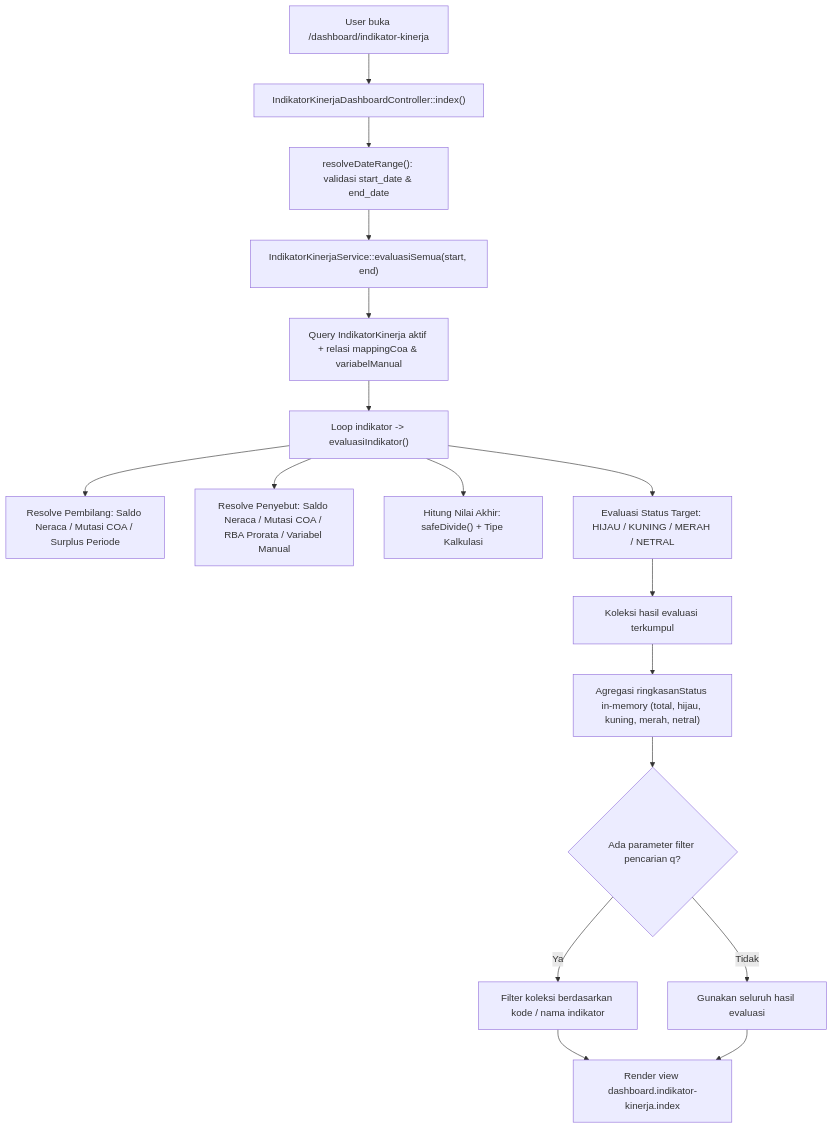
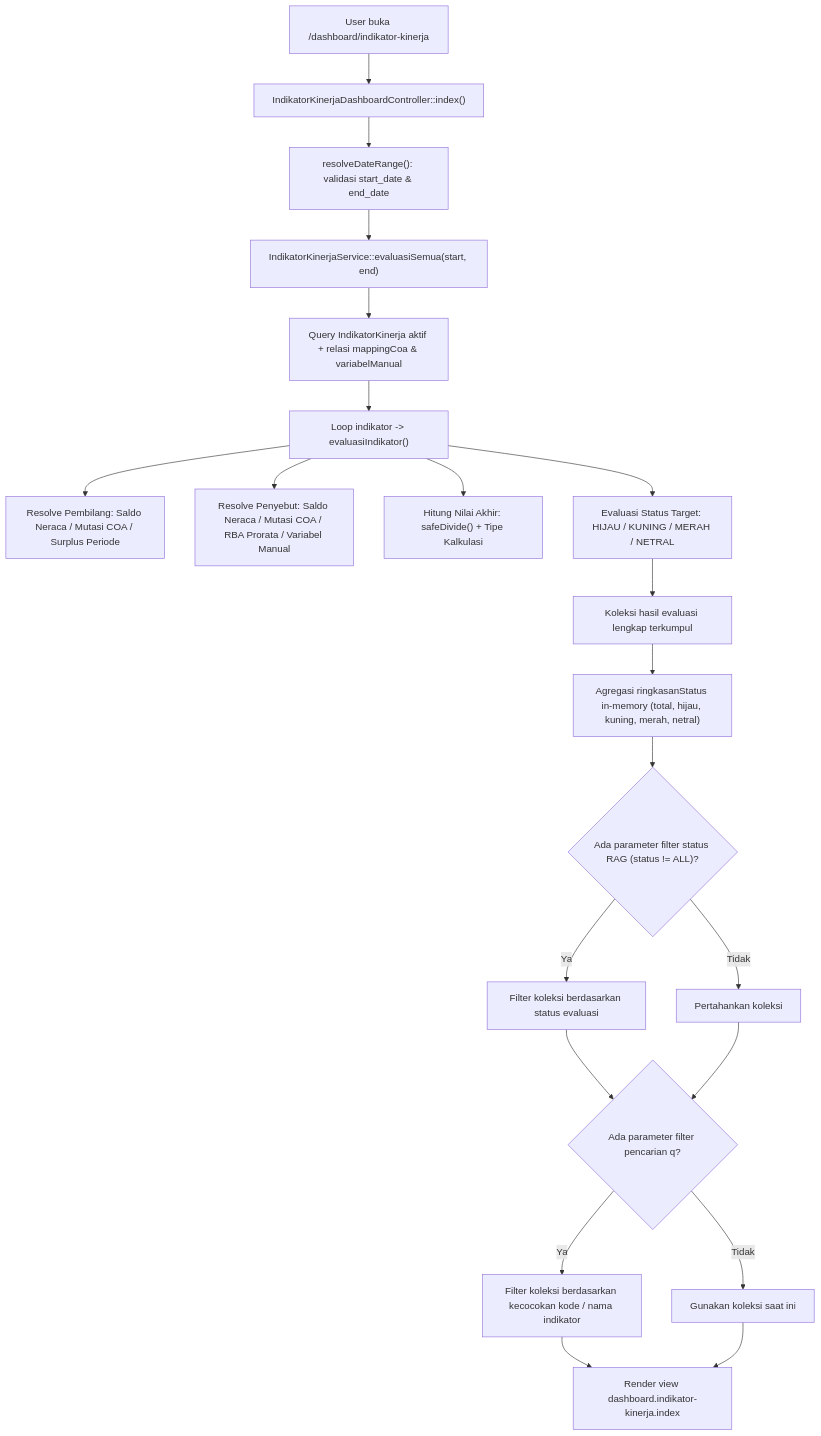
One commit to AltamaSidoarjo/laravel-siakurat-pt-smt changed the first of 2 diagrams in dokumentasi/indikator-kinerja.md. Above: the diagram before and after it, drawn with Mermaid. The commit also changed other lines of this file and 12 other files, not shown here.

First line of the commit message:
feat(kpi): perbarui antarmuka dashboard dan setting indikator kinerja selaras mockup

````diff
--- a/dokumentasi/indikator-kinerja.md
+++ b/dokumentasi/indikator-kinerja.md
@@ -55,19 +56,23 @@
 ```mermaid
 flowchart TD
     A["User buka /dashboard/indikator-kinerja"] --> B["IndikatorKinerjaDashboardController::index()"]
     B --> C["resolveDateRange(): validasi start_date & end_date"]
     C --> D["IndikatorKinerjaService::evaluasiSemua(start, end)"]
     D --> E["Query IndikatorKinerja aktif + relasi mappingCoa & variabelManual"]
     E --> F["Loop indikator -> evaluasiIndikator()"]
     F --> G["Resolve Pembilang: Saldo Neraca / Mutasi COA / Surplus Periode"]
     F --> H["Resolve Penyebut: Saldo Neraca / Mutasi COA / RBA Prorata / Variabel Manual"]
     F --> I["Hitung Nilai Akhir: safeDivide() + Tipe Kalkulasi"]
     F --> J["Evaluasi Status Target: HIJAU / KUNING / MERAH / NETRAL"]
-    J --> K["Koleksi hasil evaluasi terkumpul"]
+    J --> K["Koleksi hasil evaluasi lengkap terkumpul"]
     K --> L["Agregasi ringkasanStatus in-memory (total, hijau, kuning, merah, netral)"]
-    L --> M{"Ada parameter filter pencarian q?"}
-    M -- Ya --> N["Filter koleksi berdasarkan kode / nama indikator"]
-    M -- Tidak --> O["Gunakan seluruh hasil evaluasi"]
-    N --> P["Render view dashboard.indikator-kinerja.index"]
+    L --> M{"Ada parameter filter status RAG (status != ALL)?"}
+    M -- Ya --> N["Filter koleksi berdasarkan status evaluasi"]
+    M -- Tidak --> O["Pertahankan koleksi"]
+    N --> P{"Ada parameter filter pencarian q?"}
     O --> P
+    P -- Ya --> Q["Filter koleksi berdasarkan kecocokan kode / nama indikator"]
+    P -- Tidak --> R["Gunakan koleksi saat ini"]
+    Q --> S["Render view dashboard.indikator-kinerja.index"]
+    R --> S
 ```
````
